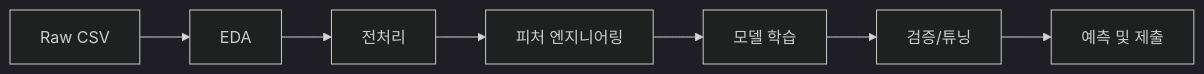
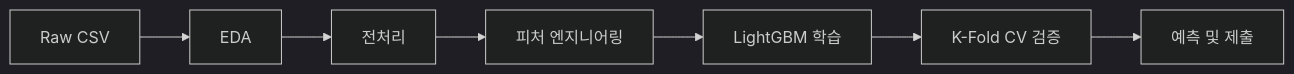
The first of 5 diagrams in README.md (FastAI-24/Eda-processing), drawn with Mermaid (dark theme) before and after one commit. The commit also changed other lines of this file and 13 other files, not shown here.

First line of the commit message:
feat: Integrate LightGBM model and training pipeline for apartment price prediction

````diff
--- a/README.md
+++ b/README.md
@@ -13,9 +13,9 @@
 ```mermaid
 graph LR
     A[Raw CSV] --> B[EDA]
     B --> C[전처리]
     C --> D[피처 엔지니어링]
-    D --> E[모델 학습]
-    E --> F[검증/튜닝]
+    D --> E[LightGBM 학습]
+    E --> F[K-Fold CV 검증]
     F --> G[예측 및 제출]
 ```
````
